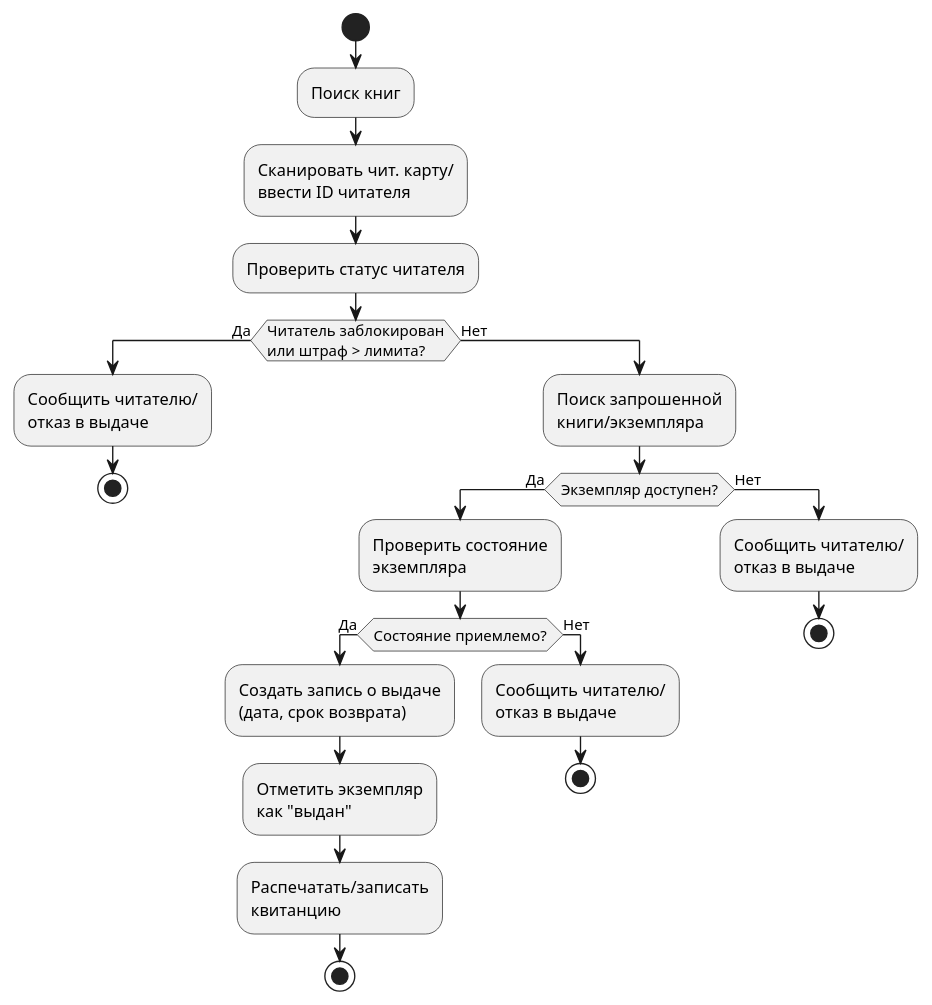
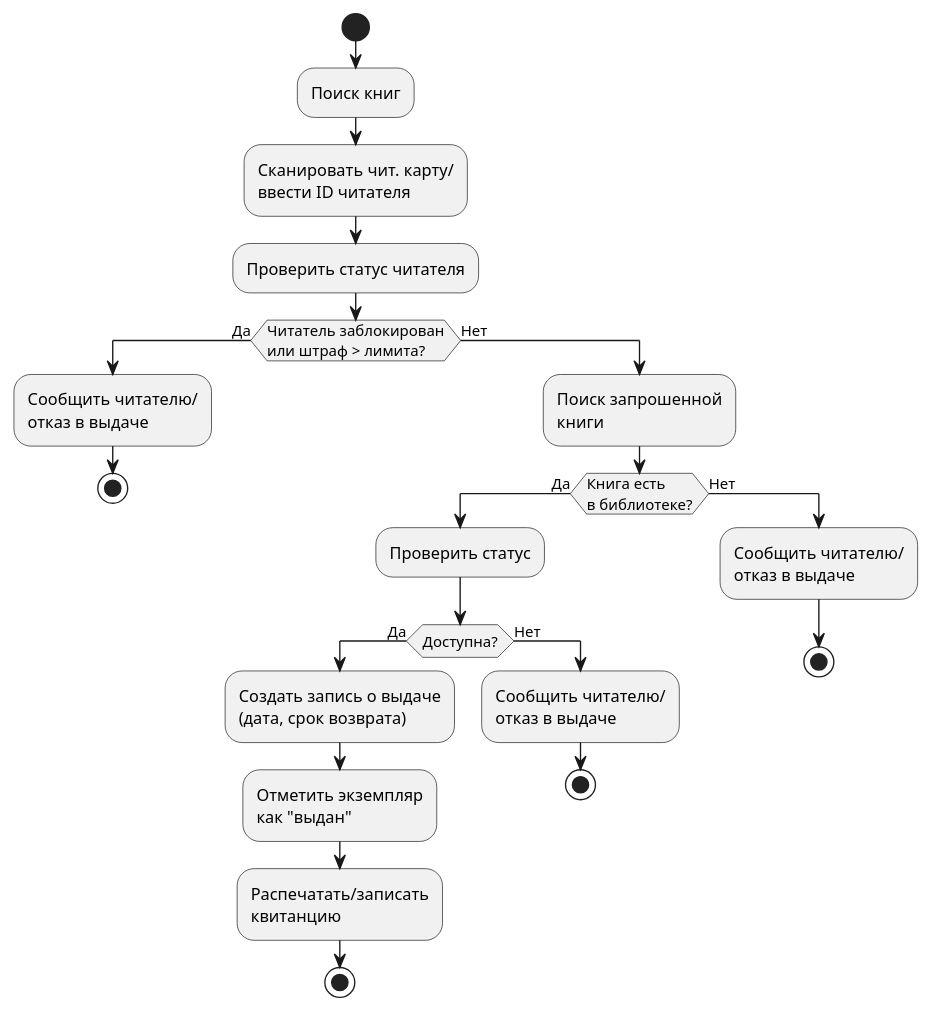
Before and after one commit to EmAnto0/InfProject: the diagram in docs/diagrams/reader_do.puml, drawn with PlantUML.

Commit message:
Правки

```diff
--- a/docs/diagrams/reader_do.puml
+++ b/docs/diagrams/reader_do.puml
@@ -1,30 +1,30 @@
 @startuml reader_do
 start
 :Поиск книг;
 :Сканировать чит. карту/\nввести ID читателя;
 :Проверить статус читателя;
 
 if (Читатель заблокирован\nили штраф > лимита?) then (Да)
   :Сообщить читателю/\nотказ в выдаче;
   stop
 else (Нет)
-  :Поиск запрошенной\nкниги/экземпляра;
+  :Поиск запрошенной\nкниги;
   
-  if (Экземпляр доступен?) then (Да)
-    :Проверить состояние\nэкземпляра;
+  if (Книга есть\nв библиотеке?) then (Да)
+    :Проверить статус;
     
-    if (Состояние приемлемо?) then (Да)
+    if (Доступна?) then (Да)
       :Создать запись о выдаче\n(дата, срок возврата);
       :Отметить экземпляр\nкак "выдан";
       :Распечатать/записать\nквитанцию;
       stop
     else (Нет)
       :Сообщить читателю/\nотказ в выдаче;
       stop
     endif
   else (Нет)
     :Сообщить читателю/\nотказ в выдаче;
     stop
   endif
 endif
 @enduml
```
